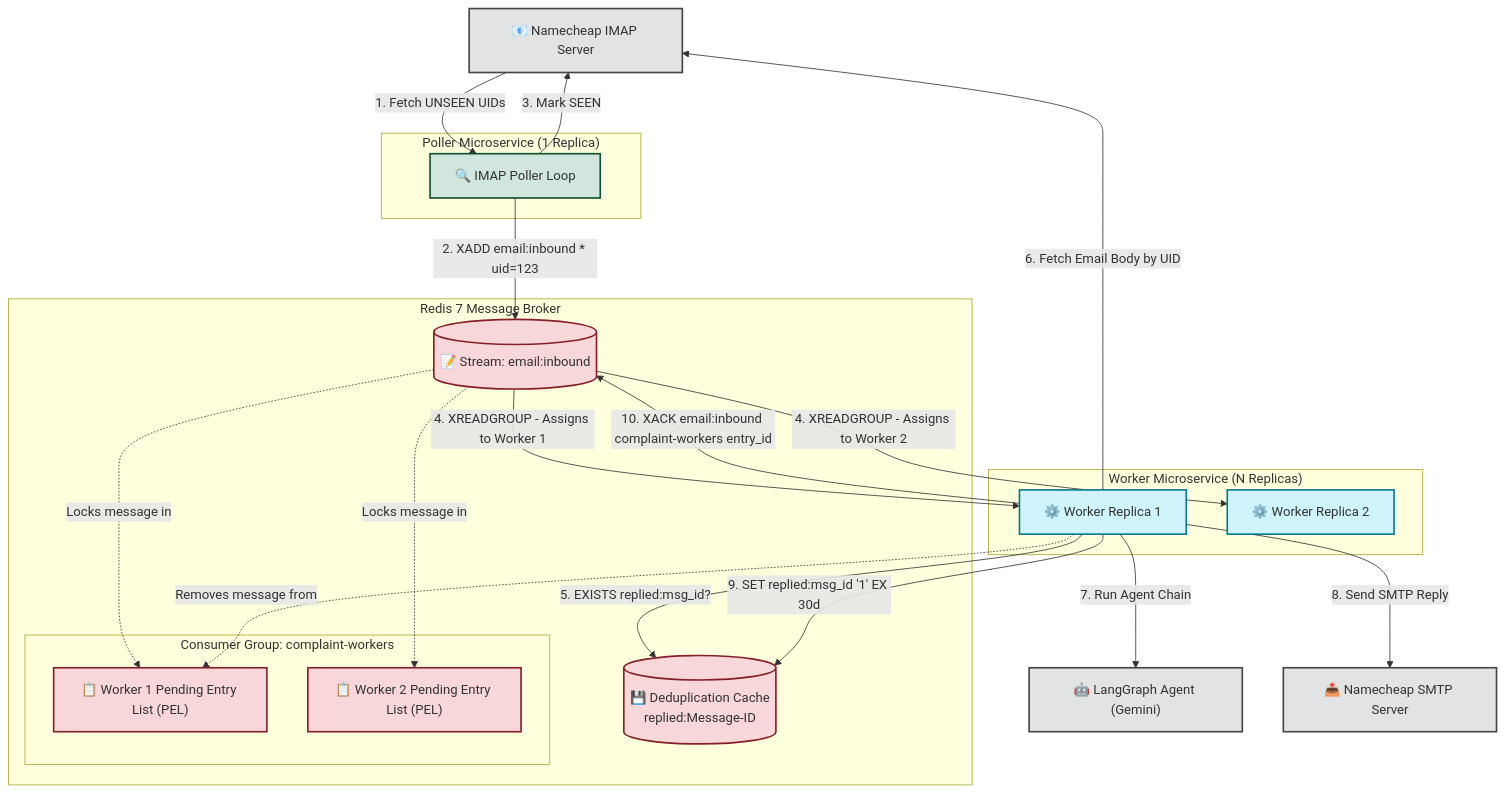
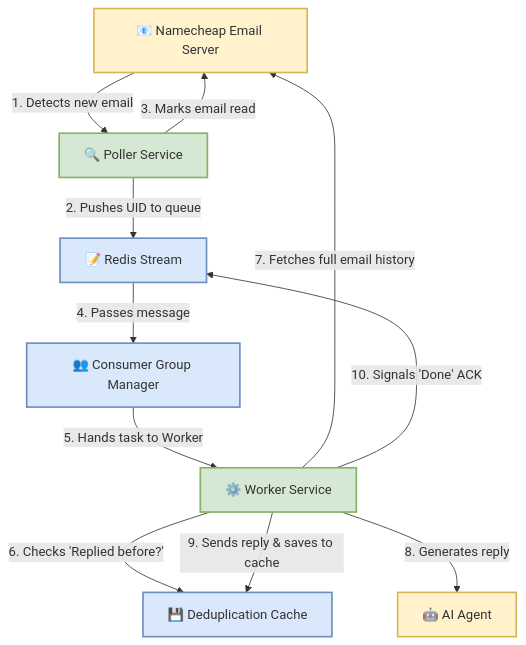
Before and after one commit to selvakumarperumal/Customer_Complaint_Responder: the diagram in redis.md, drawn with Mermaid. The commit also changed other lines of this file, not shown here.

Commit message:
docs: simplify redis.md architecture guide and diagrams

````diff
--- a/redis.md
+++ b/redis.md
@@ -24,53 +44,29 @@
 ```mermaid
 flowchart TD
-    %% Styling Classes
-    classDef producer fill:#d1e7dd,stroke:#0f5132,stroke-width:2px;
-    classDef broker fill:#f8d7da,stroke:#842029,stroke-width:2px;
-    classDef consumer fill:#cff4fc,stroke:#087990,stroke-width:2px;
-    classDef external fill:#e2e3e5,stroke:#41464b,stroke-width:2px;
+    %% Styling
+    classDef yellow fill:#fff2cc,stroke:#d6b656,stroke-width:2px;
+    classDef green fill:#d5e8d4,stroke:#82b366,stroke-width:2px;
+    classDef blue fill:#dae8fc,stroke:#6c8ebf,stroke-width:2px;
 
-    %% Nodes
-    IMAP["📧 Namecheap IMAP Server"]:::external
+    IMAP[📧 Namecheap Email Server]:::yellow
+    Poller[🔍 Poller Service]:::green
+    Stream[📝 Redis Stream]:::blue
+    Group[👥 Consumer Group Manager]:::blue
+    Worker[⚙️ Worker Service]:::green
+    Cache[💾 Deduplication Cache]:::blue
+    LLM[🤖 AI Agent]:::yellow
+
+    %% Flow
+    IMAP -->|1. Detects new email| Poller
+    Poller -->|2. Pushes UID to queue| Stream
+    Poller -->|3. Marks email read| IMAP
     
-    subgraph PollerMicroservice ["Poller Microservice (1 Replica)"]
-        Poller["🔍 IMAP Poller Loop"]:::producer
-    end
-
-    subgraph RedisBroker ["Redis 7 Message Broker"]
-        Stream[("📝 Stream: email:inbound")]:::broker
-        
-        subgraph Group ["Consumer Group: complaint-workers"]
-            PEL1["📋 Worker 1 Pending Entry List (PEL)"]:::broker
-            PEL2["📋 Worker 2 Pending Entry List (PEL)"]:::broker
-        end
-        
-        DedupeCache[("💾 Deduplication Cache<br/>replied:Message-ID")]:::broker
-    end
-
-    subgraph WorkerMicroservice ["Worker Microservice (N Replicas)"]
-        Worker1["⚙️ Worker Replica 1"]:::consumer
-        Worker2["⚙️ Worker Replica 2"]:::consumer
-    end
+    Stream -->|4. Passes message| Group
+    Group -->|5. Hands task to Worker| Worker
     
-    LLM["🤖 LangGraph Agent (Gemini)"]:::external
-    SMTP["📤 Namecheap SMTP Server"]:::external
-
-    %% Connections
-    IMAP -->|1. Fetch UNSEEN UIDs| Poller
-    Poller -->|2. XADD email:inbound * uid=123| Stream
-    Poller -->|3. Mark SEEN| IMAP
-
-    Stream -->|"4. XREADGROUP - Assigns to Worker 1"| Worker1
-    Stream -.->|Locks message in| PEL1
-
-    Stream -->|"4. XREADGROUP - Assigns to Worker 2"| Worker2
-    Stream -.->|Locks message in| PEL2
-
-    Worker1 -->|5. EXISTS replied:msg_id?| DedupeCache
-    Worker1 -->|6. Fetch Email Body by UID| IMAP
-    Worker1 -->|7. Run Agent Chain| LLM
-    Worker1 -->|8. Send SMTP Reply| SMTP
-    Worker1 -->|9. SET replied:msg_id '1' EX 30d| DedupeCache
-    Worker1 -->|10. XACK email:inbound complaint-workers entry_id| Stream
-    Worker1 -.->|Removes message from| PEL1
+    Worker -->|6. Checks 'Replied before?'| Cache
+    Worker -->|7. Fetches full email history| IMAP
+    Worker -->|8. Generates reply| LLM
+    Worker -->|9. Sends reply & saves to cache| Cache
+    Worker -->|10. Signals 'Done' ACK| Stream
 ```
````
